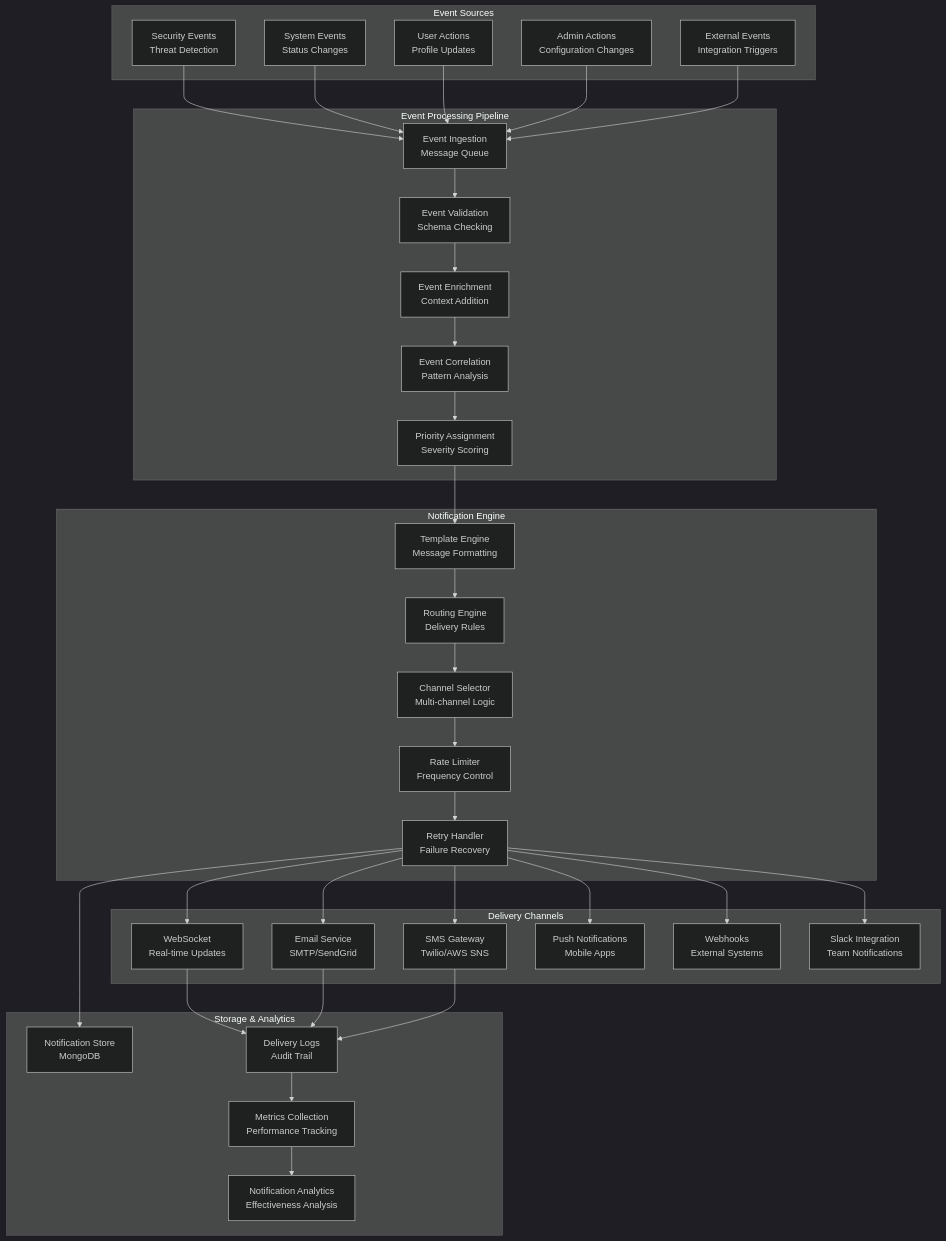
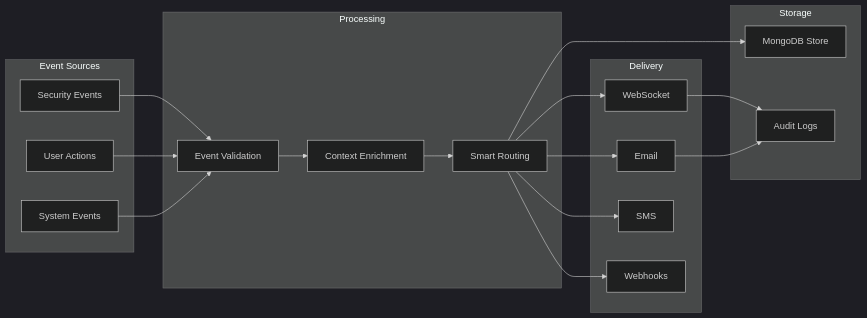
The sixth of 14 diagrams in ZONA_USER_HLD.md (Vishwa0220/securaa-internal-documents), drawn with Mermaid (dark theme) before and after one commit. The commit also changed other lines of this file and 1 other file, not shown here.

````diff
--- a/ZONA_USER_HLD.md
+++ b/ZONA_USER_HLD.md
@@ -458,78 +408,42 @@
 ```mermaid
-graph TB
+graph LR
     subgraph "Event Sources"
-        SEC_EVENT[Security Events<br/>Threat Detection]
-        SYS_EVENT[System Events<br/>Status Changes]
-        USER_ACTION[User Actions<br/>Profile Updates]
-        ADMIN_ACTION[Admin Actions<br/>Configuration Changes]
-        EXTERNAL_EVENT[External Events<br/>Integration Triggers]
+        SEC[Security Events]
+        USER[User Actions]
+        SYSTEM[System Events]
     end
     
-    subgraph "Event Processing Pipeline"
-        EVENT_INGESTION[Event Ingestion<br/>Message Queue]
-        EVENT_VALIDATION[Event Validation<br/>Schema Checking]
-        EVENT_ENRICHMENT[Event Enrichment<br/>Context Addition]
-        EVENT_CORRELATION[Event Correlation<br/>Pattern Analysis]
-        EVENT_PRIORITY[Priority Assignment<br/>Severity Scoring]
+    subgraph "Processing"
+        VALIDATE[Event Validation]
+        ENRICH[Context Enrichment]
+        ROUTE[Smart Routing]
     end
     
-    subgraph "Notification Engine"
-        TEMPLATE_ENGINE[Template Engine<br/>Message Formatting]
-        ROUTING_ENGINE[Routing Engine<br/>Delivery Rules]
-        CHANNEL_SELECTOR[Channel Selector<br/>Multi-channel Logic]
-        RATE_LIMITER[Rate Limiter<br/>Frequency Control]
-        RETRY_HANDLER[Retry Handler<br/>Failure Recovery]
+    subgraph "Delivery"
+        WS[WebSocket]
+        EMAIL[Email]
+        SMS[SMS]
+        WEBHOOK[Webhooks]
     end
     
-    subgraph "Delivery Channels"
-        WEBSOCKET[WebSocket<br/>Real-time Updates]
-        EMAIL[Email Service<br/>SMTP/SendGrid]
-        SMS[SMS Gateway<br/>Twilio/AWS SNS]
-        PUSH[Push Notifications<br/>Mobile Apps]
-        WEBHOOK[Webhooks<br/>External Systems]
-        SLACK[Slack Integration<br/>Team Notifications]
+    subgraph "Storage"
+        MONGO[MongoDB Store]
+        AUDIT[Audit Logs]
     end
     
-    subgraph "Storage & Analytics"
-        NOTIFICATION_DB[Notification Store<br/>MongoDB]
-        DELIVERY_LOG[Delivery Logs<br/>Audit Trail]
-        METRICS[Metrics Collection<br/>Performance Tracking]
-        ANALYTICS[Notification Analytics<br/>Effectiveness Analysis]
-    end
+    SEC --> VALIDATE
+    USER --> VALIDATE
+    SYSTEM --> VALIDATE
     
-    %% Event Flow
-    SEC_EVENT --> EVENT_INGESTION
-    SYS_EVENT --> EVENT_INGESTION
-    USER_ACTION --> EVENT_INGESTION
-    ADMIN_ACTION --> EVENT_INGESTION
-    EXTERNAL_EVENT --> EVENT_INGESTION
+    VALIDATE --> ENRICH
+    ENRICH --> ROUTE
     
-    %% Processing Pipeline
-    EVENT_INGESTION --> EVENT_VALIDATION
-    EVENT_VALIDATION --> EVENT_ENRICHMENT
-    EVENT_ENRICHMENT --> EVENT_CORRELATION
-    EVENT_CORRELATION --> EVENT_PRIORITY
+    ROUTE --> WS
+    ROUTE --> EMAIL
+    ROUTE --> SMS
+    ROUTE --> WEBHOOK
     
-    %% Notification Engine
-    EVENT_PRIORITY --> TEMPLATE_ENGINE
-    TEMPLATE_ENGINE --> ROUTING_ENGINE
-    ROUTING_ENGINE --> CHANNEL_SELECTOR
-    CHANNEL_SELECTOR --> RATE_LIMITER
-    RATE_LIMITER --> RETRY_HANDLER
-    
-    %% Delivery Channels
-    RETRY_HANDLER --> WEBSOCKET
-    RETRY_HANDLER --> EMAIL
-    RETRY_HANDLER --> SMS
-    RETRY_HANDLER --> PUSH
-    RETRY_HANDLER --> WEBHOOK
-    RETRY_HANDLER --> SLACK
-    
-    %% Storage and Analytics
-    RETRY_HANDLER --> NOTIFICATION_DB
-    WEBSOCKET --> DELIVERY_LOG
-    EMAIL --> DELIVERY_LOG
-    SMS --> DELIVERY_LOG
-    DELIVERY_LOG --> METRICS
-    METRICS --> ANALYTICS
+    ROUTE --> MONGO
+    WS --> AUDIT
+    EMAIL --> AUDIT
 ```
````
